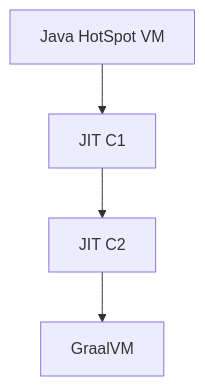
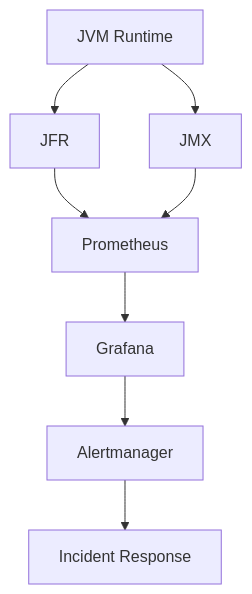
The fourth of 6 diagrams in _Review/jvm_jit_c1_c2_y_graalvm_internals/jvm_jit_c1_c2_y_graalvm_internals.md (Joaquinriosheredia/DAM-Java-Mastery), drawn with Mermaid before and after one commit. The commit also changed other lines of this file, not shown here.

Commit message:
jvm_jit_c1_c2_y_graalvm_internals

````diff
--- a/_Review/jvm_jit_c1_c2_y_graalvm_internals/jvm_jit_c1_c2_y_graalvm_internals.md
+++ b/_Review/jvm_jit_c1_c2_y_graalvm_internals/jvm_jit_c1_c2_y_graalvm_internals.md
@@ -334,6 +581,10 @@
 ```mermaid
 graph TD
-  A[Java HotSpot VM] --> B[JIT C1];
-  B --> C[JIT C2];
-  C --> D[GraalVM];
+    A[JVM Runtime] --> B[JFR]
+    A --> C[JMX]
+    B --> D[Prometheus]
+    C --> D
+    D --> E[Grafana]
+    E --> F[Alertmanager]
+    F --> G[Incident Response]
 ```
````
